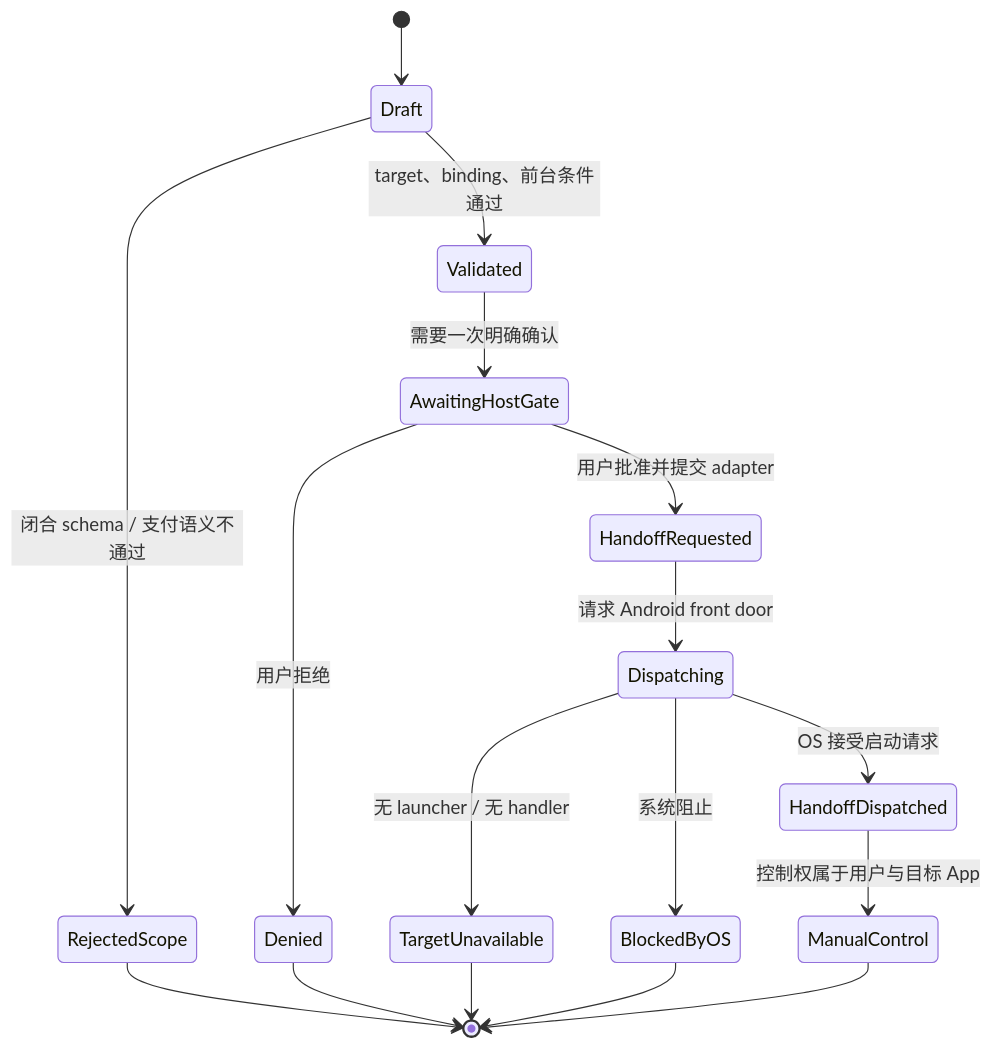
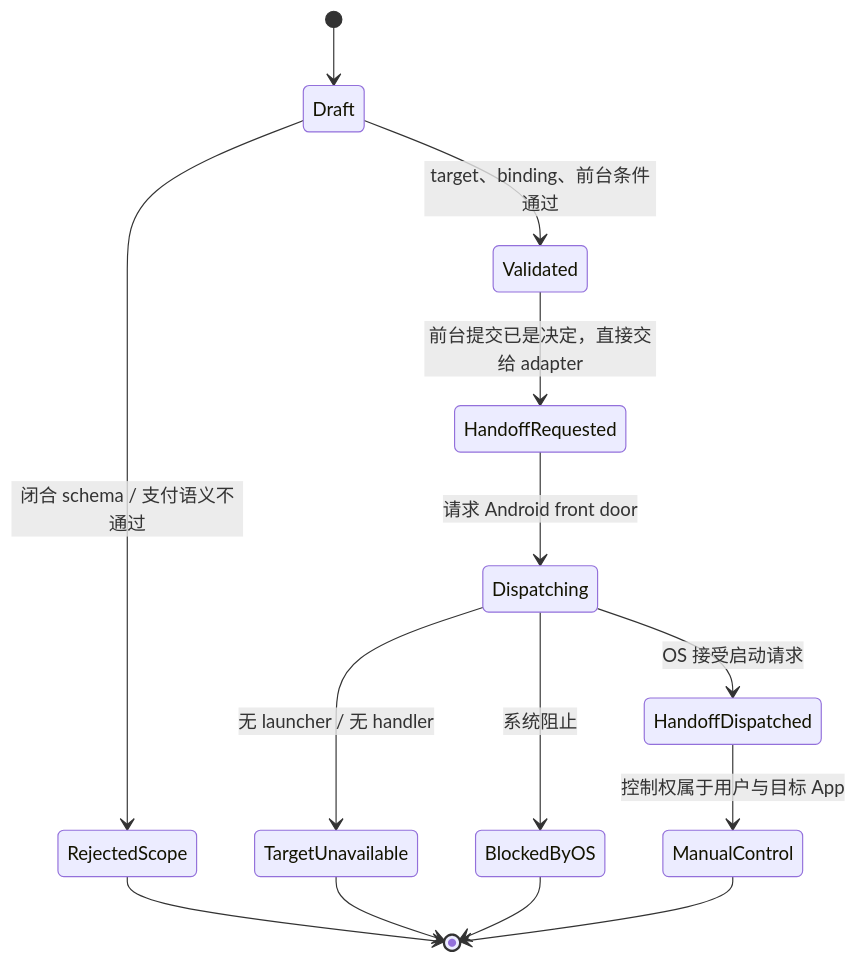
The diagram in docs/09-alipay-micro-actions-and-protocol-lessons-zh.md (yifangjinxing-hash/jidan), drawn with Mermaid before and after one commit. The commit also changed other lines of this file and 36 other files, not shown here.

````diff
--- a/docs/09-alipay-micro-actions-and-protocol-lessons-zh.md
+++ b/docs/09-alipay-micro-actions-and-protocol-lessons-zh.md
@@ -194,19 +210,16 @@
 ```mermaid
 stateDiagram-v2
     [*] --> Draft
     Draft --> RejectedScope: 闭合 schema / 支付语义不通过
     Draft --> Validated: target、binding、前台条件通过
-    Validated --> AwaitingHostGate: 需要一次明确确认
-    AwaitingHostGate --> Denied: 用户拒绝
-    AwaitingHostGate --> HandoffRequested: 用户批准并提交 adapter
+    Validated --> HandoffRequested: 前台提交已是决定，直接交给 adapter
     HandoffRequested --> Dispatching: 请求 Android front door
     Dispatching --> TargetUnavailable: 无 launcher / 无 handler
     Dispatching --> BlockedByOS: 系统阻止
     Dispatching --> HandoffDispatched: OS 接受启动请求
     HandoffDispatched --> ManualControl: 控制权属于用户与目标 App
     RejectedScope --> [*]
-    Denied --> [*]
     TargetUnavailable --> [*]
     BlockedByOS --> [*]
     ManualControl --> [*]
 ```
````
